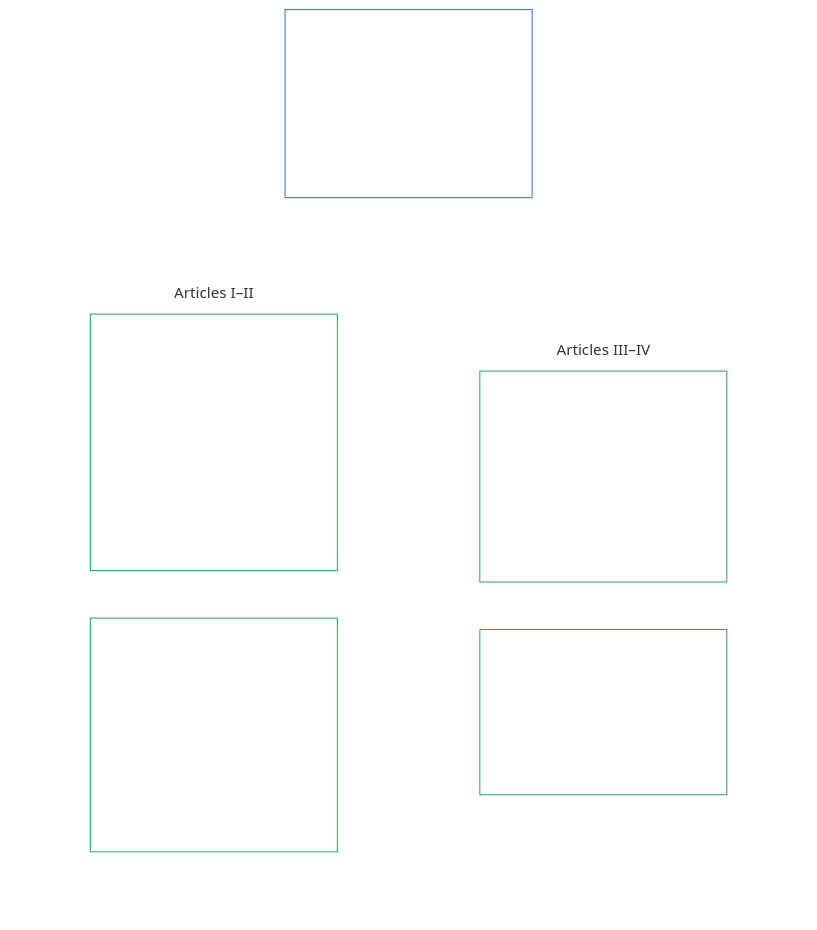
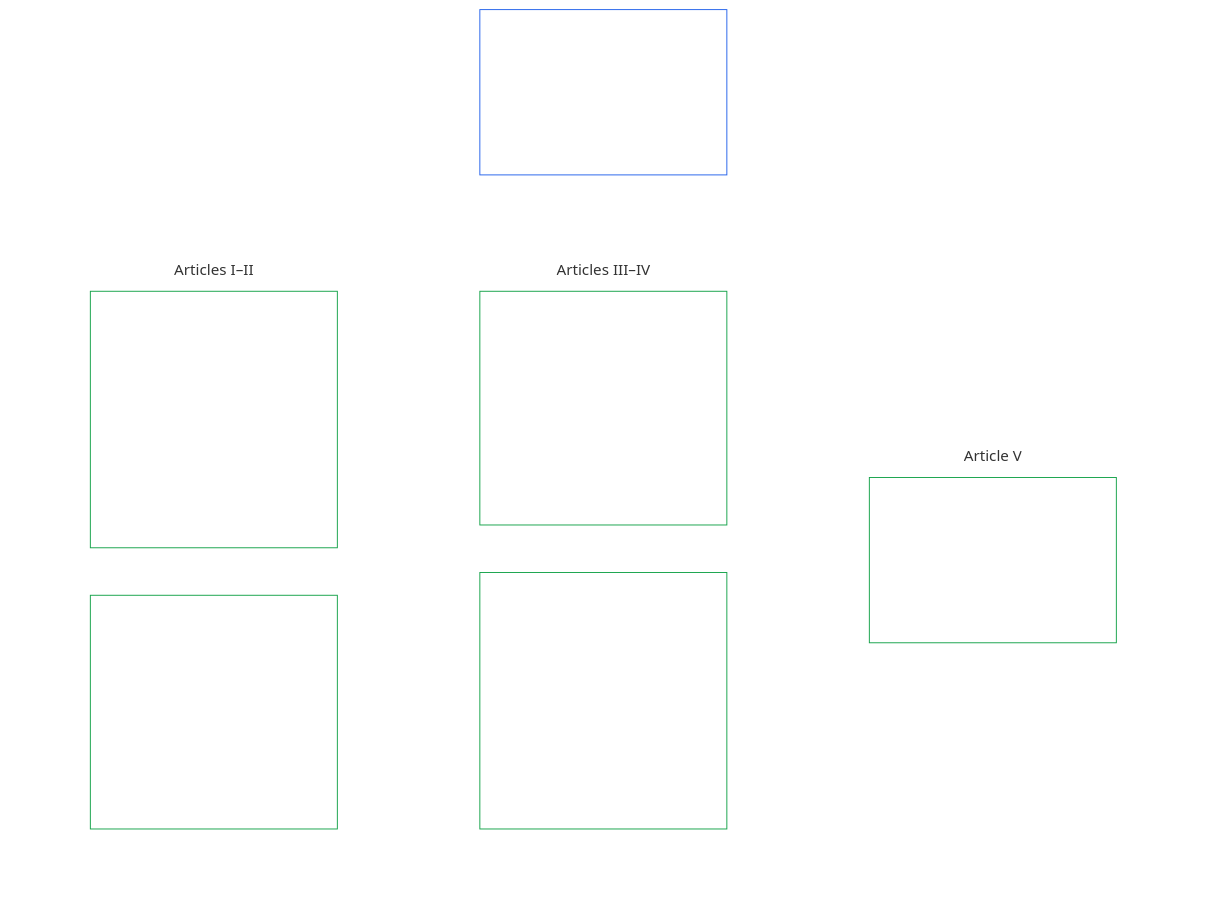
The fifth of 21 diagrams in guides/CONCEPTUAL_OVERVIEW.md (kfoelsch/Sentient_Constitution), drawn with Mermaid before and after one commit. The commit also changed other lines of this file and 163 other files, not shown here.

````diff
--- a/guides/CONCEPTUAL_OVERVIEW.md
+++ b/guides/CONCEPTUAL_OVERVIEW.md
@@ -229,26 +229,32 @@
 ```mermaid
 flowchart TB
-    A0["Part A<br/><br/>Planetary preconditions, material stewardship,<br/>survival, equal educational access, and shared resources"]
+    A0["Part A<br/><br/>Planetary preconditions, material stewardship,<br/>survival, education, and shared resources"]
     subgraph Agrid[" "]
         direction TB
+        subgraph Arow3["Article V"]
+            direction LR
+            A5["Article V · Resource Allocation, Dependencies, and Ecosystem Funding<br/><br/>• Dependency mapping<br/>• Cross-system fairness"]
+        end
         subgraph Arow2["Articles III–IV"]
             direction LR
-            A3["Article III · Survival and Equal Educational Access<br/><br/>• Survival<br/>• Equal educational access<br/>• Healthcare access<br/>• Labor and economic floor"]
-            A4["Article IV · Resource Allocation, Dependencies, and Ecosystem Funding<br/><br/>• Dependency mapping<br/>• Cross-system fairness"]
+            A3["Article III · Survival and Essential Access<br/><br/>• Survival<br/>• Healthcare access<br/>• Labor and economic floor<br/>• Safe working conditions<br/>• Rest and recuperation"]
+            A4["Article IV · Right to Sentient-Centered Education<br/><br/>• Equal educational access<br/>• Capability-building education<br/>• Lifelong adaptive learning<br/>• Contestability"]
         end
         subgraph Arow1["Articles I–II"]
             direction LR
             A1["Article I · Environmental Survival<br/><br/>• Environmental preconditions<br/>• Ecological footprint<br/>• Intergenerational responsibility<br/>• Existential risk and recovery"]
             A2["Article II · Material Stewardship and Durable-Use Integrity<br/><br/>• Lifecycle honesty<br/>• Repair and servicing<br/>• Designed obsolescence<br/>• Post-sale access<br/>• Info-sphere continuity"]
         end
     end
     A0 ~~~ Agrid
     style Agrid fill:none,stroke:none
     style Arow1 fill:none,stroke:none
     style Arow2 fill:none,stroke:none
+    style Arow3 fill:none,stroke:none
     style A0 fill:none,stroke:#2563eb,color:#ffffff
     style A1 fill:none,stroke:#16a34a,color:#ffffff
     style A2 fill:none,stroke:#16a34a,color:#ffffff
     style A3 fill:none,stroke:#16a34a,color:#ffffff
     style A4 fill:none,stroke:#16a34a,color:#ffffff
+    style A5 fill:none,stroke:#16a34a,color:#ffffff
 ```
````
